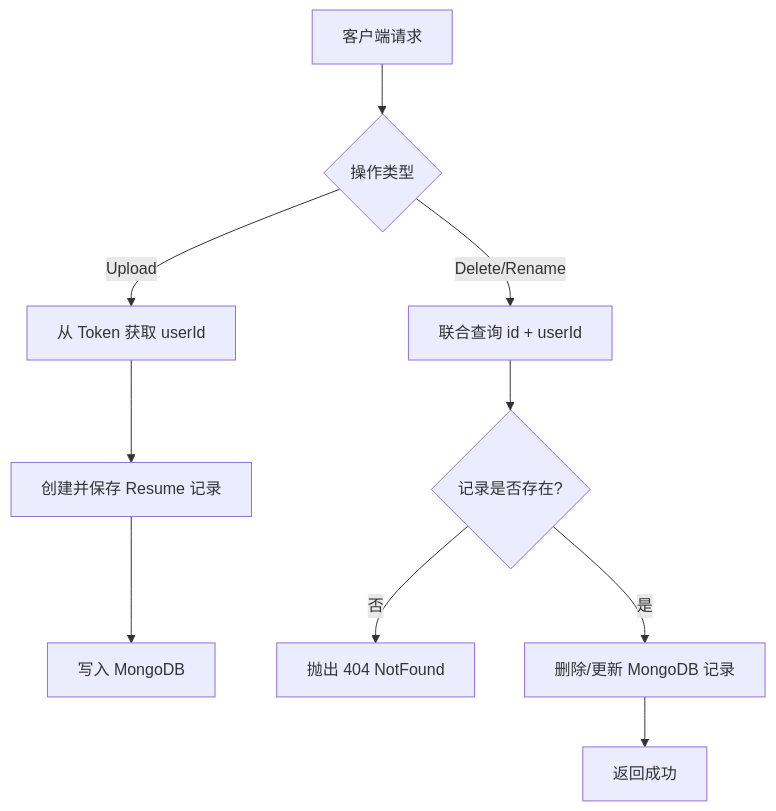
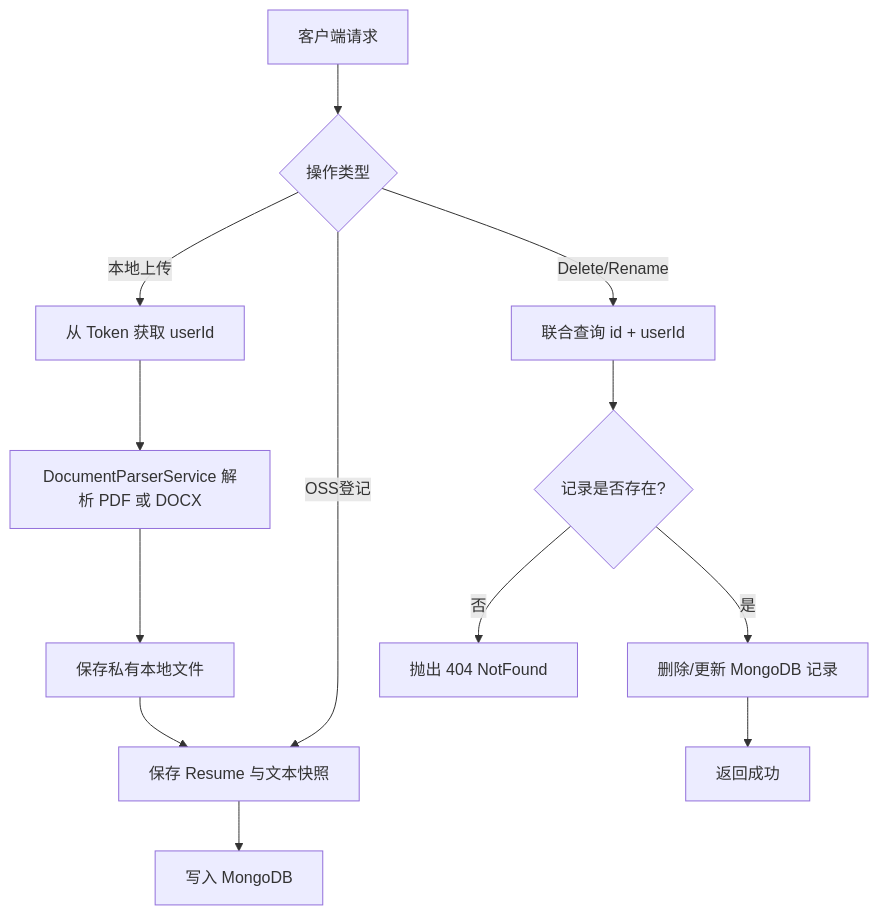
One commit to KlayPeter/man-shi-mai changed the diagram in apps/server/src/resume/Agent.md. Above: the diagram before and after it, drawn with Mermaid. The commit also changed other lines of this file and 41 other files, not shown here.

````diff
--- a/apps/server/src/resume/Agent.md
+++ b/apps/server/src/resume/Agent.md
@@ -10,13 +10,16 @@
 ```mermaid
 graph TD
     Client[客户端请求] --> Action{操作类型}
-    Action -- Upload --> ExtractUserId[从 Token 获取 userId]
-    ExtractUserId --> CreateRecord[创建并保存 Resume 记录]
+    Action -- 本地上传 --> ExtractUserId[从 Token 获取 userId]
+    ExtractUserId --> Parse[DocumentParserService 解析 PDF 或 DOCX]
+    Parse --> File[保存私有本地文件]
+    File --> CreateRecord[保存 Resume 与文本快照]
+    Action -- OSS登记 --> CreateRecord
     CreateRecord --> SaveDB[写入 MongoDB]
     
     Action -- Delete/Rename --> FetchRecord[联合查询 id + userId]
     FetchRecord --> Exist{记录是否存在?}
     Exist -- 否 --> Throw404[抛出 404 NotFound]
     Exist -- 是 --> ModifyDB[删除/更新 MongoDB 记录]
     ModifyDB --> Success[返回成功]
 ```
````
